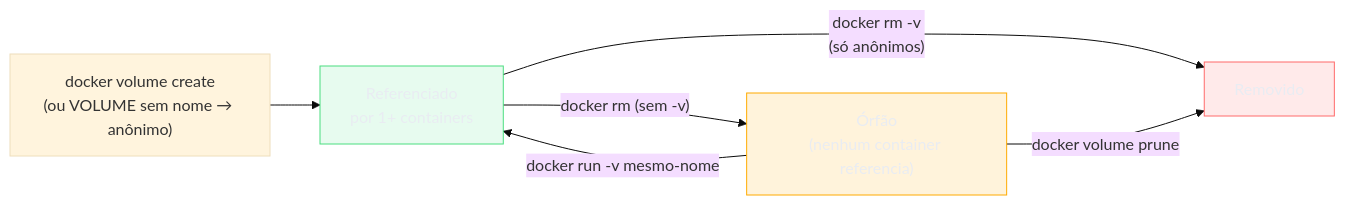
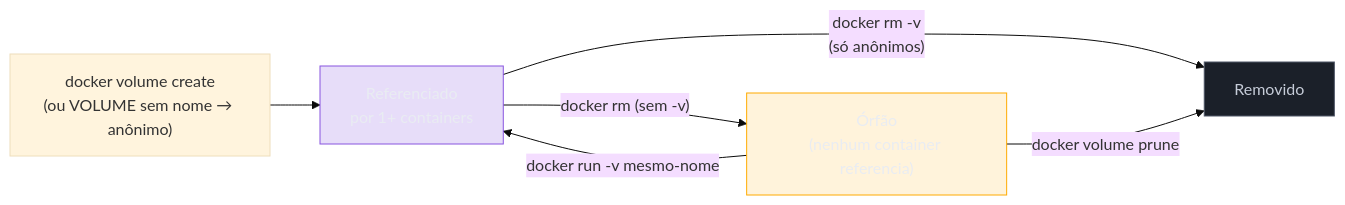
The second of 2 diagrams in 03-Dominios/Tecnologia/Infraestrutura/Docker/06 - Dados que sobrevivem ao container.md (josenaldo/codex-technomanticus), drawn with Mermaid (base theme) before and after one commit. The commit also changed other lines of this file and 601 other files, not shown here.

````diff
--- a/03-Dominios/Tecnologia/Infraestrutura/Docker/06 - Dados que sobrevivem ao container.md
+++ b/03-Dominios/Tecnologia/Infraestrutura/Docker/06 - Dados que sobrevivem ao container.md
@@ -292,15 +291,15 @@
 ```mermaid
 flowchart LR
-    classDef falha fill:#FF6B6B24,stroke:#FF6B6B,color:#E9ECF2
+    classDef marca fill:#8855DF33,stroke:#8855DF,color:#E9ECF2
+    classDef neutro fill:#1B2029,stroke:#4E5666,color:#C6CCD8
     classDef destaque fill:#FFAA0024,stroke:#FFAA00,color:#E9ECF2
-    classDef ok fill:#4ADE8021,stroke:#4ADE80,color:#E9ECF2
     A["docker volume create<br/>(ou VOLUME sem nome → anônimo)"] --> B["Referenciado<br/>por 1+ containers"]
     B -->|"docker rm (sem -v)"| C["Órfão<br/>(nenhum container referencia)"]
     B -->|"docker rm -v<br/>(só anônimos)"| D["Removido"]
     C -->|"docker volume prune"| D
     C -->|"docker run -v mesmo-nome"| B
 
-    class D falha
+    class D neutro
     class C destaque
-    class B ok
+    class B marca
 ```
````
